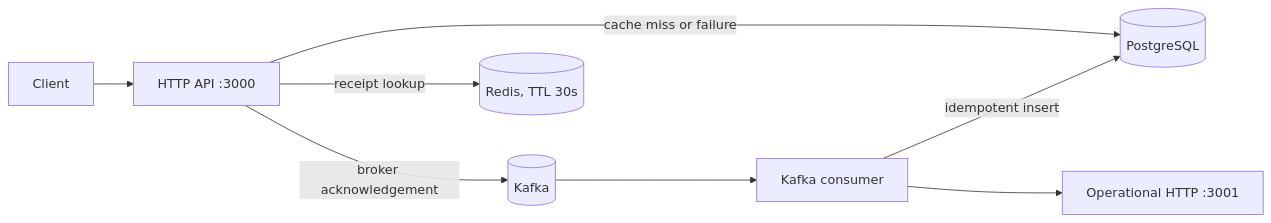
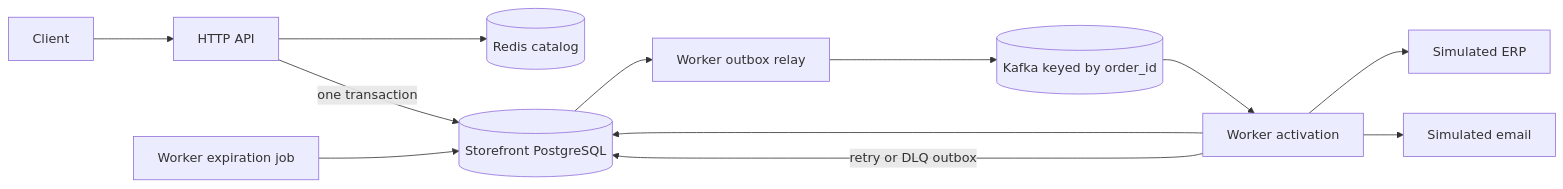
The diagram in README.md (vitor-n-gomes/totvs-case-cell-shop), drawn with Mermaid before and after one commit. The commit also changed other lines of this file and 80 other files, not shown here.

````diff
--- a/README.md
+++ b/README.md
@@ -76,10 +83,14 @@
 ```mermaid
 flowchart LR
-    Client --> API[HTTP API :3000]
-    API -->|broker acknowledgement| Kafka[(Kafka)]
-    Kafka --> Worker[Kafka consumer]
-    Worker -->|idempotent insert| PostgreSQL[(PostgreSQL)]
-    API -->|receipt lookup| Redis[(Redis, TTL 30s)]
-    API -->|cache miss or failure| PostgreSQL
-    Worker --> Health[Operational HTTP :3001]
+    Client --> API[HTTP API]
+    API --> Redis[(Redis catalog)]
+    API -->|one transaction| DB[(Storefront PostgreSQL)]
+    DB --> Relay[Worker outbox relay]
+    Relay --> Kafka[(Kafka keyed by order_id)]
+    Kafka --> Activation[Worker activation]
+    Activation --> DB
+    Activation --> ERP[Simulated ERP]
+    Activation --> Email[Simulated email]
+    Activation -->|retry or DLQ outbox| DB
+    Cleanup[Worker expiration job] --> DB
 ```
````
